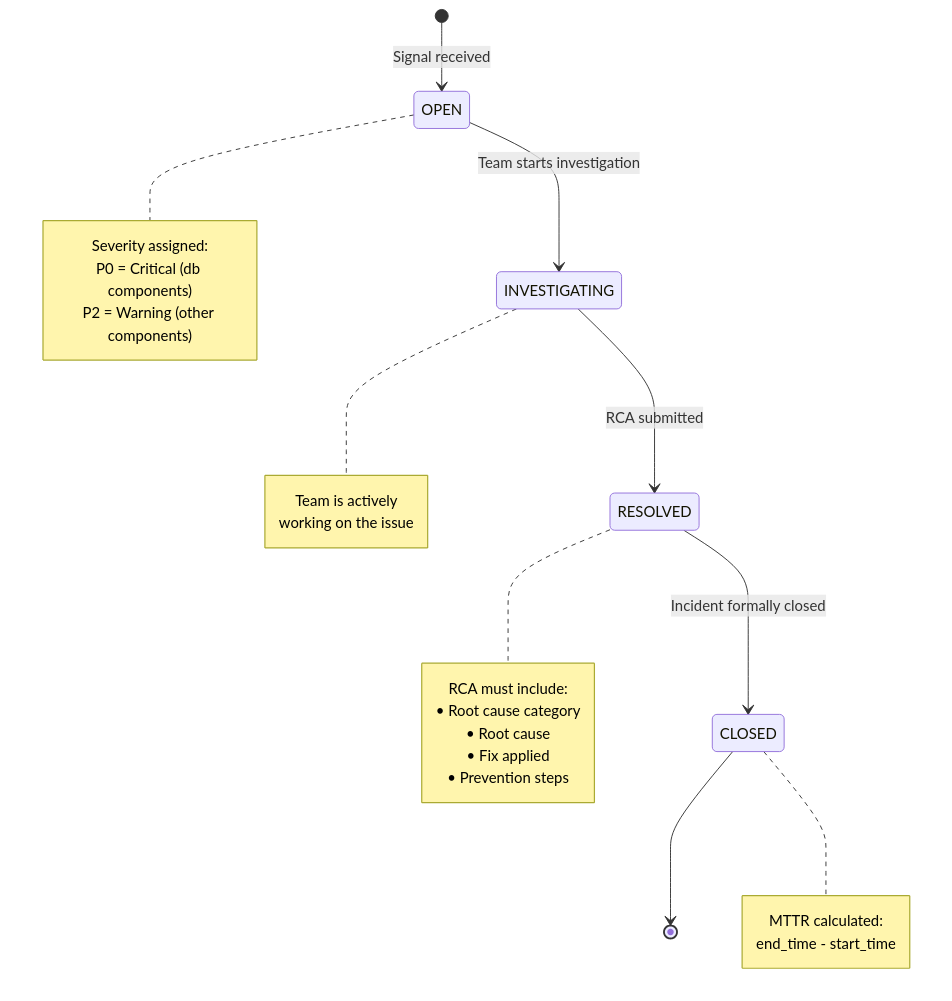
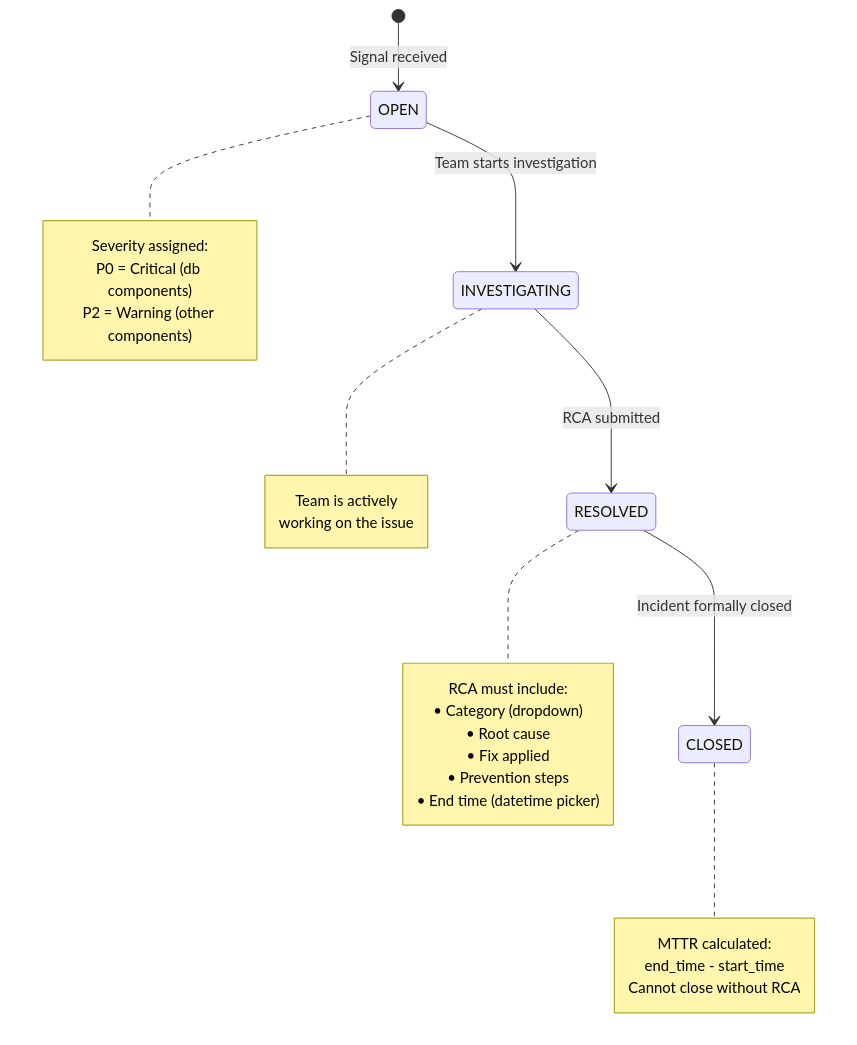
One commit to ManishKudtarkar/incident-management changed the fourth of 8 diagrams in README.md. Above: the diagram before and after it, drawn with Mermaid. The commit also changed other lines of this file and 9 other files, not shown here.

````diff
--- a/README.md
+++ b/README.md
@@ -188,32 +188,33 @@
 ```mermaid
 stateDiagram-v2
     [*] --> OPEN : Signal received
     OPEN --> INVESTIGATING : Team starts investigation
     INVESTIGATING --> RESOLVED : RCA submitted
     RESOLVED --> CLOSED : Incident formally closed
-    CLOSED --> [*]
 
     note right of OPEN
         Severity assigned:
         P0 = Critical (db components)
         P2 = Warning (other components)
     end note
 
     note right of INVESTIGATING
         Team is actively
         working on the issue
     end note
 
     note right of RESOLVED
         RCA must include:
-        • Root cause category
+        • Category (dropdown)
         • Root cause
         • Fix applied
         • Prevention steps
+        • End time (datetime picker)
     end note
 
     note right of CLOSED
         MTTR calculated:
         end_time - start_time
+        Cannot close without RCA
     end note
 ```
````
